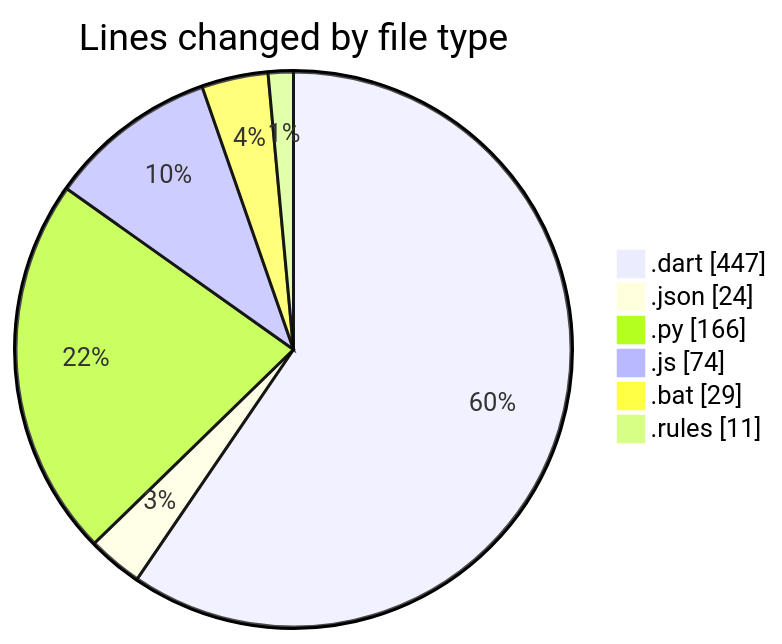
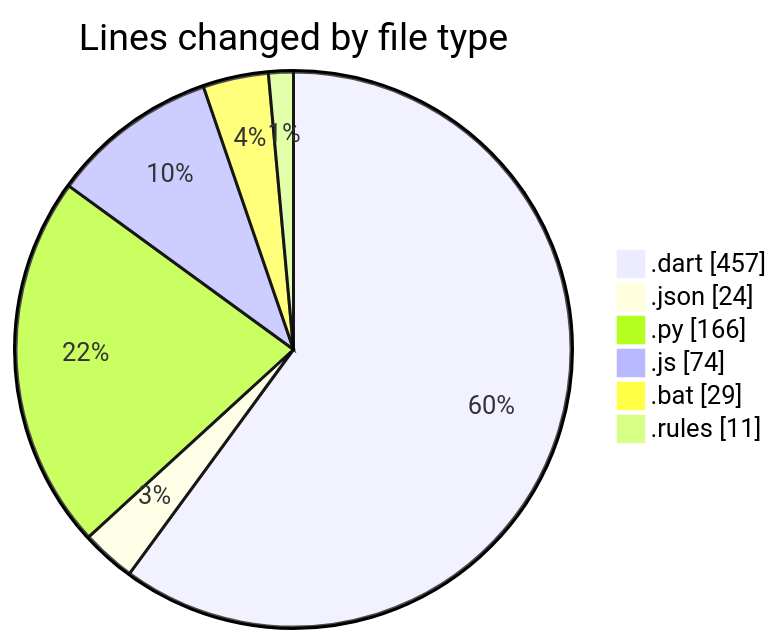
The first of 2 diagrams in 2025-08-04/studybuddy/README.md (lephambinh05/code-tracking), drawn with Mermaid before and after one commit. The commit also changed other lines of this file and 1 other file, not shown here.

````diff
--- a/2025-08-04/studybuddy/README.md
+++ b/2025-08-04/studybuddy/README.md
@@ -32,10 +32,10 @@
 ```mermaid
 pie showData
 title Lines changed by file type
-".dart" : 447
+".dart" : 457
 ".json" : 24
 ".py" : 166
 ".js" : 74
 ".bat" : 29
 ".rules" : 11
 ```
````
